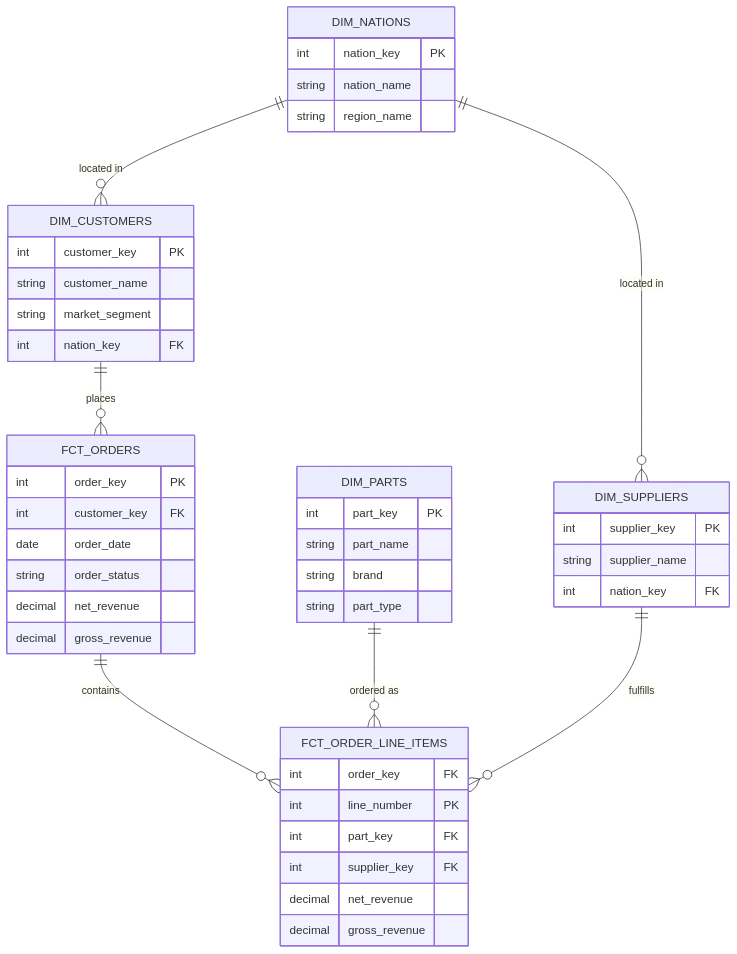
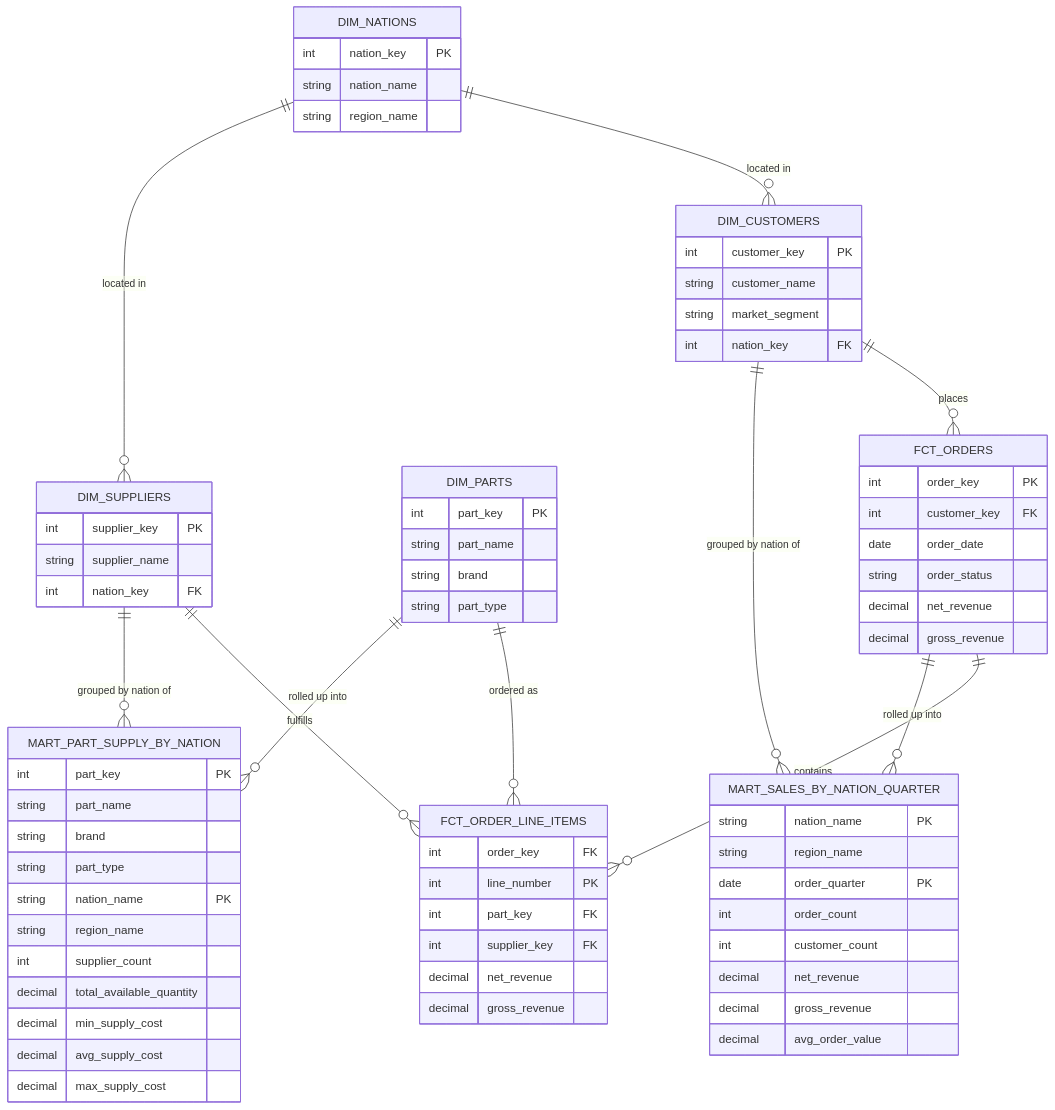
One commit to prashant-dwbi/dbt-core-snowflake changed the third of 3 diagrams in README.md. Above: the diagram before and after it, drawn with Mermaid. The commit also changed other lines of this file, not shown here.

Commit message:
added mart/reporting tables in ERD

````diff
--- a/README.md
+++ b/README.md
@@ -122,48 +122,75 @@
 ```mermaid
 erDiagram
     DIM_NATIONS {
         int nation_key PK
         string nation_name
         string region_name
     }
     DIM_CUSTOMERS {
         int customer_key PK
         string customer_name
         string market_segment
         int nation_key FK
     }
     DIM_SUPPLIERS {
         int supplier_key PK
         string supplier_name
         int nation_key FK
     }
     DIM_PARTS {
         int part_key PK
         string part_name
         string brand
         string part_type
     }
     FCT_ORDERS {
         int order_key PK
         int customer_key FK
         date order_date
         string order_status
         decimal net_revenue
         decimal gross_revenue
     }
     FCT_ORDER_LINE_ITEMS {
         int order_key FK
         int line_number PK
         int part_key FK
         int supplier_key FK
         decimal net_revenue
         decimal gross_revenue
     }
+    MART_SALES_BY_NATION_QUARTER {
+        string nation_name PK
+        string region_name
+        date order_quarter PK
+        int order_count
+        int customer_count
+        decimal net_revenue
+        decimal gross_revenue
+        decimal avg_order_value
+    }
+    MART_PART_SUPPLY_BY_NATION {
+        int part_key PK
+        string part_name
+        string brand
+        string part_type
+        string nation_name PK
+        string region_name
+        int supplier_count
+        decimal total_available_quantity
+        decimal min_supply_cost
+        decimal avg_supply_cost
+        decimal max_supply_cost
+    }
 
     DIM_NATIONS ||--o{ DIM_CUSTOMERS : "located in"
     DIM_NATIONS ||--o{ DIM_SUPPLIERS : "located in"
     DIM_CUSTOMERS ||--o{ FCT_ORDERS : places
     FCT_ORDERS ||--o{ FCT_ORDER_LINE_ITEMS : contains
     DIM_PARTS ||--o{ FCT_ORDER_LINE_ITEMS : "ordered as"
     DIM_SUPPLIERS ||--o{ FCT_ORDER_LINE_ITEMS : fulfills
+    FCT_ORDERS ||--o{ MART_SALES_BY_NATION_QUARTER : "rolled up into"
+    DIM_CUSTOMERS ||--o{ MART_SALES_BY_NATION_QUARTER : "grouped by nation of"
+    DIM_PARTS ||--o{ MART_PART_SUPPLY_BY_NATION : "rolled up into"
+    DIM_SUPPLIERS ||--o{ MART_PART_SUPPLY_BY_NATION : "grouped by nation of"
 ```
````
